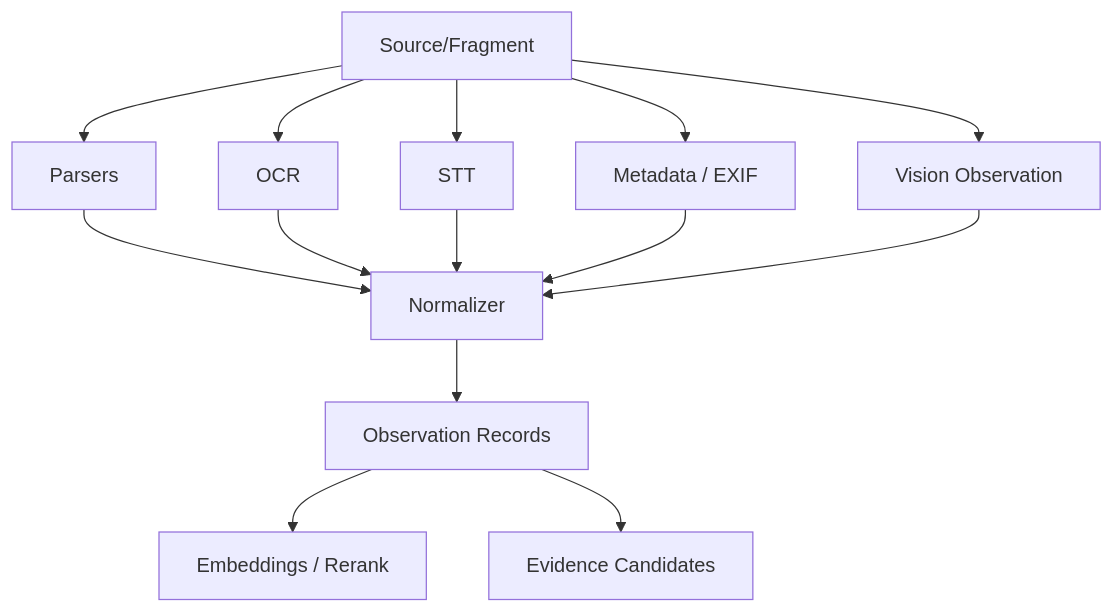
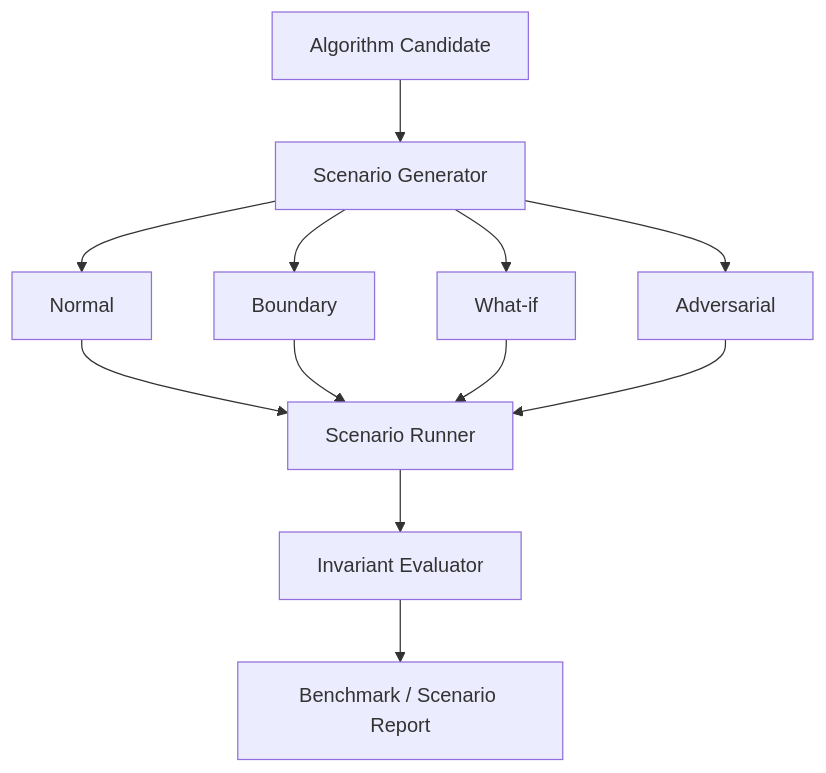
The sixth of 10 diagrams in DZ_17/C4_ARCHITECTURE.md (VictorKVS/Vibe-coding), drawn with Mermaid before and after one commit. The commit also changed other lines of this file, not shown here.

````diff
--- a/DZ_17/C4_ARCHITECTURE.md
+++ b/DZ_17/C4_ARCHITECTURE.md
@@ -189,16 +233,14 @@
 ```mermaid
 flowchart TB
-    SRC[Source/Fragment] --> PARSE[Parsers]
-    SRC --> OCR[OCR]
-    SRC --> STT[STT]
-    SRC --> META[Metadata / EXIF]
-    SRC --> VISION[Vision Observation]
-    PARSE --> NORM[Normalizer]
-    OCR --> NORM
-    STT --> NORM
-    META --> NORM
-    VISION --> NORM
-    NORM --> OBS[Observation Records]
-    OBS --> EMB[Embeddings / Rerank]
-    OBS --> EVID[Evidence Candidates]
+    ALG[Algorithm Candidate] --> GEN[Scenario Generator]
+    GEN --> N[Normal]
+    GEN --> B[Boundary]
+    GEN --> W[What-if]
+    GEN --> A[Adversarial]
+    N --> RUN[Scenario Runner]
+    B --> RUN
+    W --> RUN
+    A --> RUN
+    RUN --> INV[Invariant Evaluator]
+    INV --> REP[Benchmark / Scenario Report]
 ```
````
